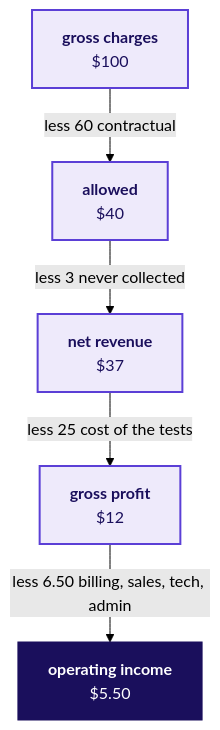
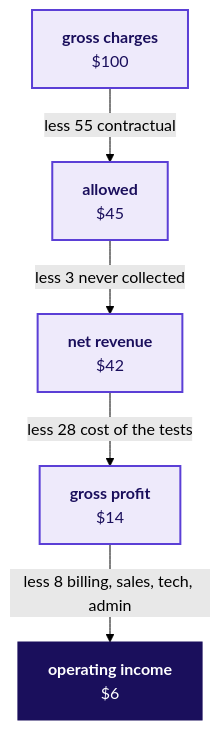
The fourth of 7 diagrams in content/W03/D1/trainer/C2_W03_D01_domain_story_TRAINER.md (fde-academy-lab/c2-content-factory), drawn with Mermaid (forest theme) before and after one commit. The commit also changed other lines of this file, not shown here.

First line of the commit message:
W03 domain talk track: question parts, the six metros and four payers, James on the data's prices, and a days-in-AR question in place of the billed-against-collected one

````diff
--- a/content/W03/D1/trainer/C2_W03_D01_domain_story_TRAINER.md
+++ b/content/W03/D1/trainer/C2_W03_D01_domain_story_TRAINER.md
@@ -107,11 +103,11 @@
 ```mermaid
 flowchart TB
-    G["<b>gross charges</b><br/>$100"] -->|"less 60 contractual"| A["<b>allowed</b><br/>$40"]
-    A -->|"less 3 never collected"| N["<b>net revenue</b><br/>$37"]
-    N -->|"less 25 cost of the tests"| M["<b>gross profit</b><br/>$12"]
-    M -->|"less 6.50 billing, sales, tech, admin"| O["<b>operating income</b><br/>$5.50"]
+    G["<b>gross charges</b><br/>$100"] -->|"less 55 contractual"| A["<b>allowed</b><br/>$45"]
+    A -->|"less 3 never collected"| N["<b>net revenue</b><br/>$42"]
+    N -->|"less 28 cost of the tests"| M["<b>gross profit</b><br/>$14"]
+    M -->|"less 8 billing, sales, tech, admin"| O["<b>operating income</b><br/>$6"]
     classDef known fill:#EEEAFB,stroke:#5B3FD6,color:#1A0F5C,stroke-width:2px
     classDef dark fill:#1A0F5C,stroke:#1A0F5C,color:#FFFFFF
     class G,A,N,M known
     class O dark
 ```
````
